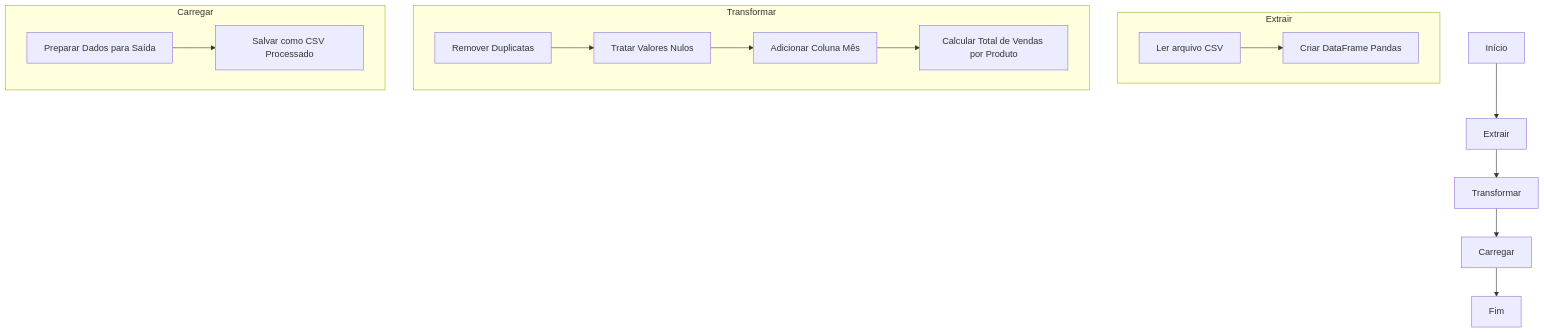
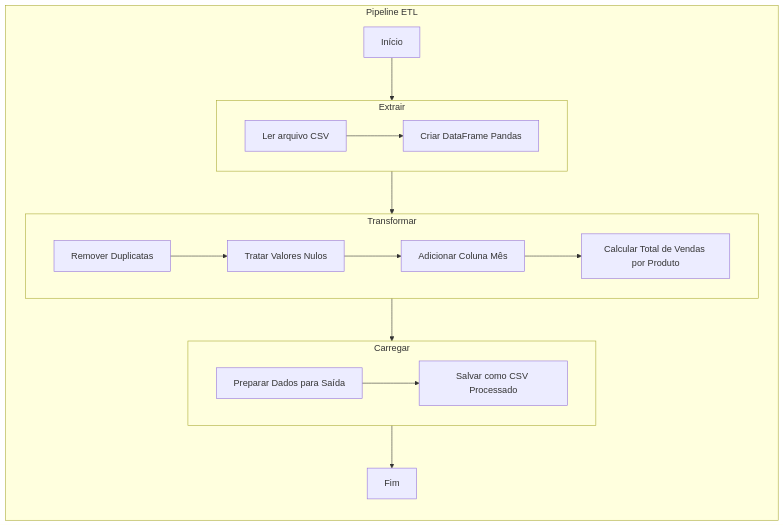
The diagram in README.md (lvgalvao/laennderAula04), drawn with Mermaid before and after one commit.

Commit message:
docs: flowchart LR

````diff
--- a/README.md
+++ b/README.md
@@ -5,21 +5,23 @@
 ```mermaid
-flowchart TD
-    A[Início] --> B[Extrair]
-    B --> C[Transformar]
-    C --> D[Carregar]
-    D --> E[Fim]
-    
-    subgraph Extrair
-    B1[Ler arquivo CSV] --> B2[Criar DataFrame Pandas]
-    end
-    
-    subgraph Transformar
-    C1[Remover Duplicatas] --> C2[Tratar Valores Nulos]
-    C2 --> C3[Adicionar Coluna Mês]
-    C3 --> C4[Calcular Total de Vendas por Produto]
-    end
-    
-    subgraph Carregar
-    D1[Preparar Dados para Saída] --> D2[Salvar como CSV Processado]
+flowchart LR
+    subgraph Pipeline[Pipeline ETL]
+        A[Início] --> Extrair
+        Extrair --> Transformar
+        Transformar --> Carregar
+        Carregar --> E[Fim]
+        
+        subgraph Extrair[Extrair]
+            B1[Ler arquivo CSV] --> B2[Criar DataFrame Pandas]
+        end
+        
+        subgraph Transformar[Transformar]
+            C1[Remover Duplicatas] --> C2[Tratar Valores Nulos]
+            C2 --> C3[Adicionar Coluna Mês]
+            C3 --> C4[Calcular Total de Vendas por Produto]
+        end
+        
+        subgraph Carregar[Carregar]
+            D1[Preparar Dados para Saída] --> D2[Salvar como CSV Processado]
+        end
     end
 ```
````
